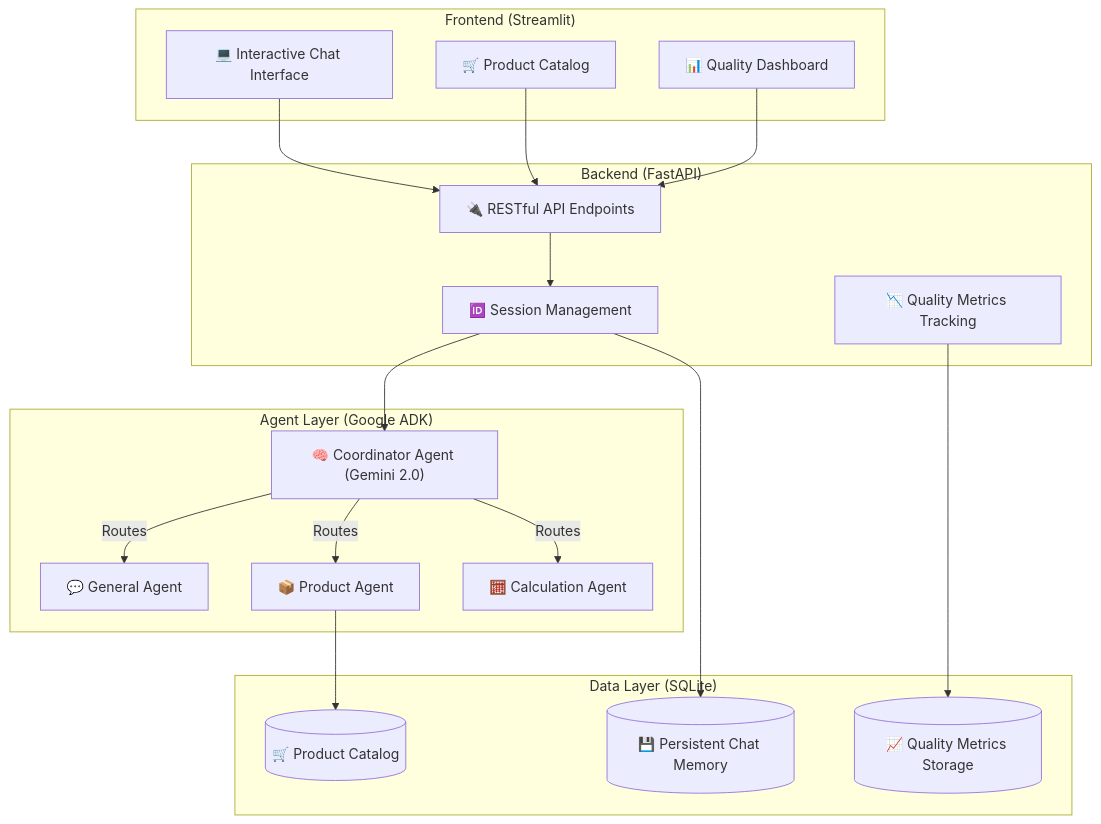
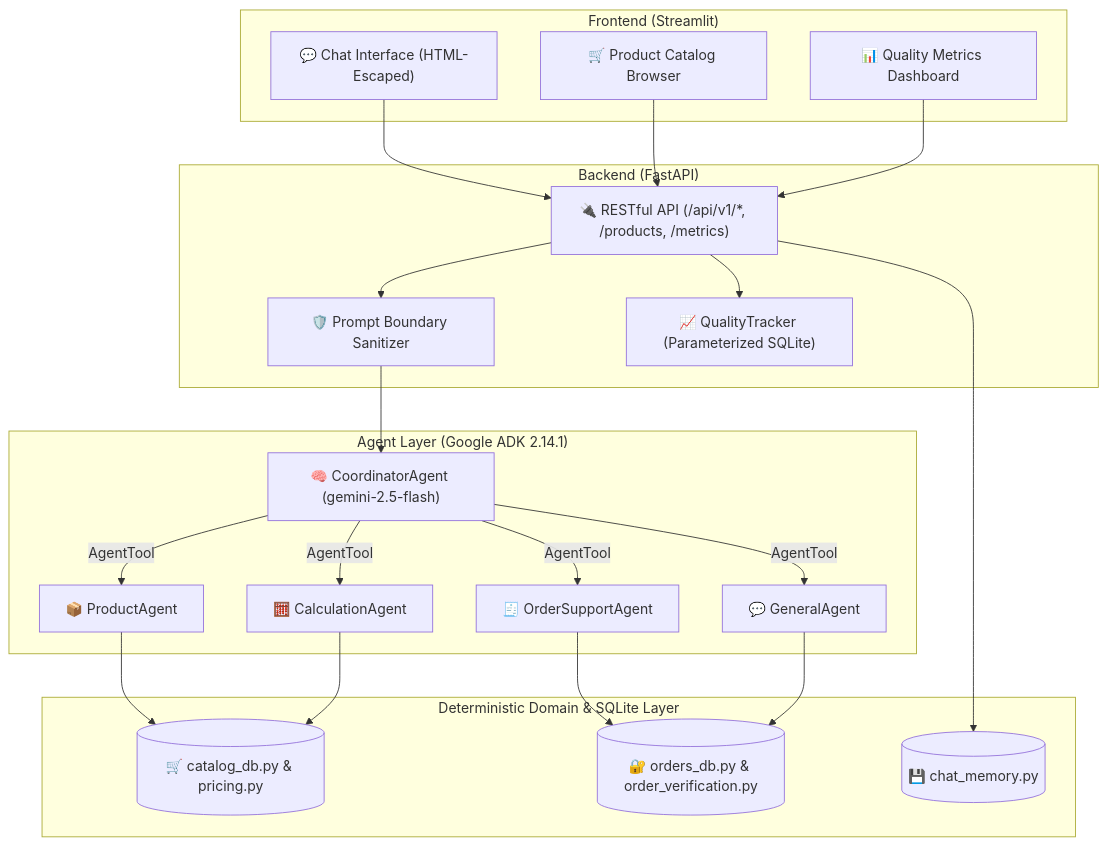
The diagram in ARCHITECTURE.md (AlvLeoAI/multi-agent-ecommerce-support), drawn with Mermaid before and after one commit. The commit also changed other lines of this file and 32 other files, not shown here.

Commit message:
fix(phase4): harden ADK 2.14 runtime, SQLite connection hygiene, prompt boundary, and frontend-backend contracts

````diff
--- a/ARCHITECTURE.md
+++ b/ARCHITECTURE.md
@@ -34,42 +20,46 @@
 ```mermaid
 graph TD
     subgraph "Frontend (Streamlit)"
-        UI["💻 Interactive Chat Interface"]
-        Cat["🛒 Product Catalog"]
-        Dash["📊 Quality Dashboard"]
+        UI["💬 Chat Interface (HTML-Escaped)"]
+        Cat["🛒 Product Catalog Browser"]
+        Dash["📊 Quality Metrics Dashboard"]
     end
 
     subgraph "Backend (FastAPI)"
-        API["🔌 RESTful API Endpoints"]
-        Sess["🆔 Session Management"]
-        Track["📉 Quality Metrics Tracking"]
+        API["🔌 RESTful API (/api/v1/*, /products, /metrics)"]
+        Bound["🛡️ Prompt Boundary Sanitizer"]
+        Track["📈 QualityTracker (Parameterized SQLite)"]
     end
 
-    subgraph "Agent Layer (Google ADK)"
-        Coord["🧠 Coordinator Agent (Gemini 2.0)"]
-        Gen["💬 General Agent"]
-        Prod["📦 Product Agent"]
-        Calc["🧮 Calculation Agent"]
+    subgraph "Agent Layer (Google ADK 2.14.1)"
+        Coord["🧠 CoordinatorAgent (gemini-2.5-flash)"]
+        Gen["💬 GeneralAgent"]
+        Ord["🧾 OrderSupportAgent"]
+        Prod["📦 ProductAgent"]
+        Calc["🧮 CalculationAgent"]
     end
 
-    subgraph "Data Layer (SQLite)"
-        Mem[("💾 Persistent Chat Memory")]
-        Met[("📈 Quality Metrics Storage")]
-        DB[("🛒 Product Catalog")]
+    subgraph "Deterministic Domain & SQLite Layer"
+        CatDB[("🛒 catalog_db.py & pricing.py")]
+        OrdDB[("🔐 orders_db.py & order_verification.py")]
+        MemDB[("💾 chat_memory.py")]
     end
 
     UI --> API
     Cat --> API
     Dash --> API
+    API --> Bound
+    Bound --> Coord
 
-    API --> Sess
-    Sess --> Coord
+    Coord -->|AgentTool| Gen
+    Coord -->|AgentTool| Ord
+    Coord -->|AgentTool| Prod
+    Coord -->|AgentTool| Calc
 
-    Coord -->|Routes| Gen
-    Coord -->|Routes| Prod
-    Coord -->|Routes| Calc
-
-    Prod --> DB
-    Track --> Met
-    Sess --> Mem
+    Prod --> CatDB
+    Calc --> CatDB
+    Ord --> OrdDB
+    Gen --> OrdDB
+    API --> MemDB
+    API --> Track
 ```
````
